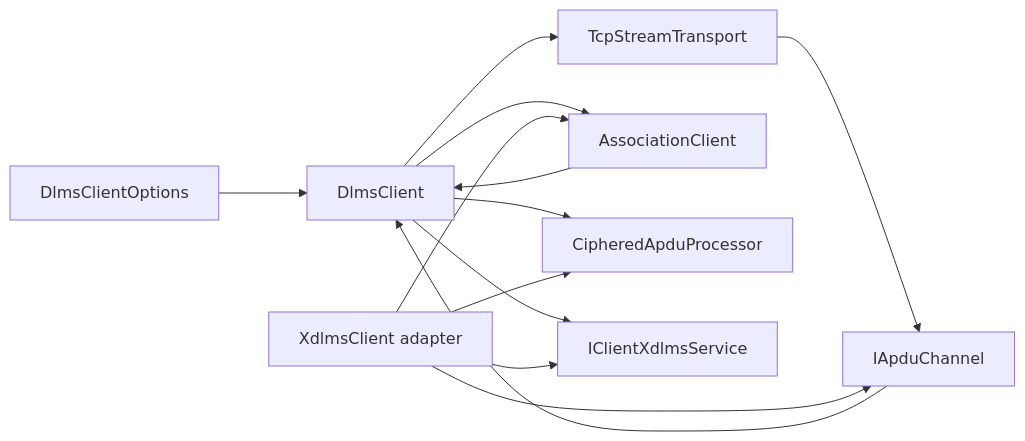
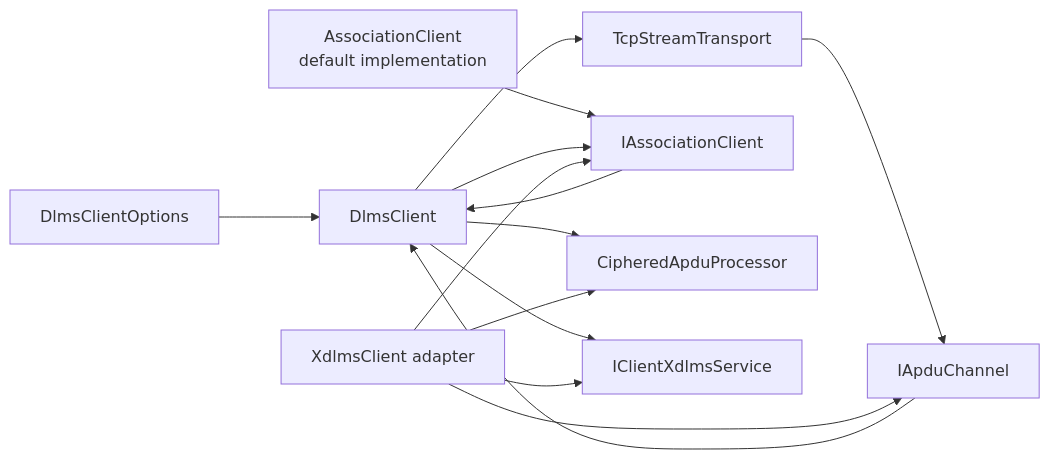
One commit to gvtret/dlms changed the second of 8 diagrams in lib/dlms-client/docs/02_client_architecture.md. Above: the diagram before and after it, drawn with Mermaid. The commit also changed other lines of this file and 1 other file, not shown here.

First line of the commit message:
docs: sync association interface architecture

````diff
--- a/lib/dlms-client/docs/02_client_architecture.md
+++ b/lib/dlms-client/docs/02_client_architecture.md
@@ -42,24 +42,26 @@
 ```mermaid
 flowchart LR
   Options["DlmsClientOptions"]
   Client["DlmsClient"]
   Stream["TcpStreamTransport"]
   Channel["IApduChannel"]
-  Association["AssociationClient"]
+  Association["IAssociationClient"]
+  DefaultAssociation["AssociationClient<br/>default implementation"]
   Security["CipheredApduProcessor"]
   Services["IClientXdlmsService"]
   XdlmsClient["XdlmsClient adapter"]
 
   Options --> Client
   Client --> Stream
   Stream --> Channel
   Channel --> Client
+  DefaultAssociation --> Association
   Association --> Client
   Client --> Association
   Client --> Security
   Client --> Services
   XdlmsClient --> Services
   XdlmsClient --> Channel
   XdlmsClient --> Association
   XdlmsClient --> Security
 ```
````
